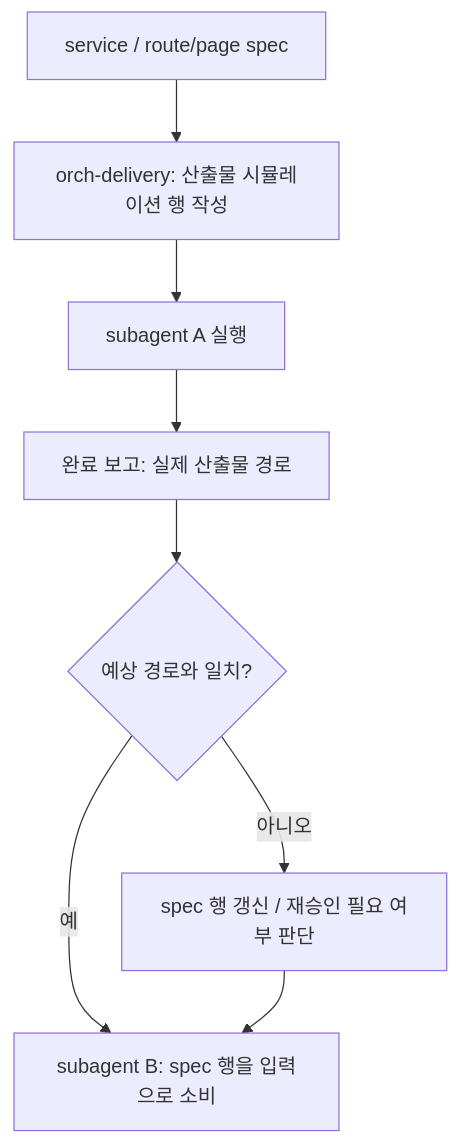
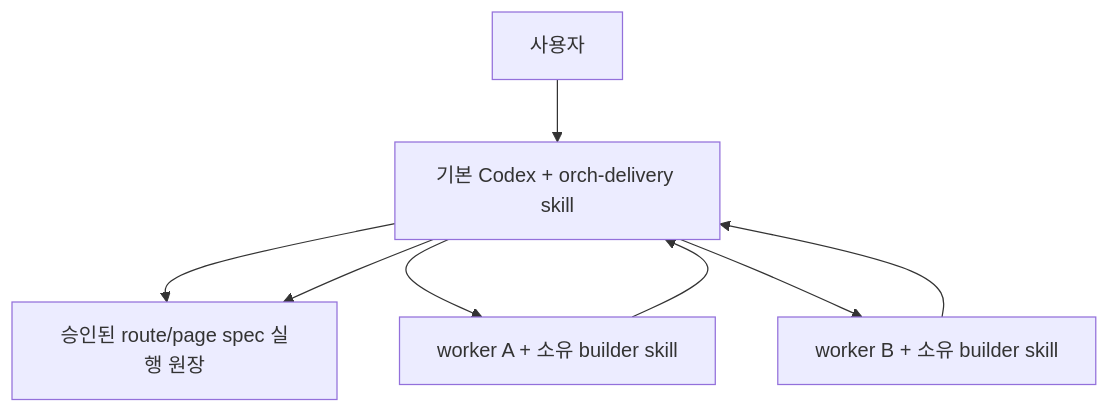
Before and after one commit to kimjoongwon/prj-core: the second of 2 diagrams in docs/orchestration-agent-relationship-flow.md, drawn with Mermaid. The commit also changed other lines of this file and 15 other files, not shown here.

Commit message:
refactor(orchestration): route delivery 실행 구조 단순화

````diff
--- a/docs/orchestration-agent-relationship-flow.md
+++ b/docs/orchestration-agent-relationship-flow.md
@@ -114,10 +38,10 @@
 ```mermaid
 flowchart TD
-  Spec["service / route/page spec"] --> Sim["orch-delivery: 산출물 시뮬레이션 행 작성"]
-  Sim --> A1["subagent A 실행"]
-  A1 --> Report["완료 보고: 실제 산출물 경로"]
-  Report --> Match{"예상 경로와 일치?"}
-  Match -->|예| A2["subagent B: spec 행을 입력으로 소비"]
-  Match -->|아니오| Update["spec 행 갱신 / 재승인 필요 여부 판단"]
-  Update --> A2
+  U["사용자"] --> R["기본 Codex + orch-delivery skill"]
+  R --> P["승인된 route/page spec 실행 원장"]
+  R --> W1["worker A + 소유 builder skill"]
+  R --> W2["worker B + 소유 builder skill"]
+  W1 --> R
+  W2 --> R
+  R --> P
 ```
````
